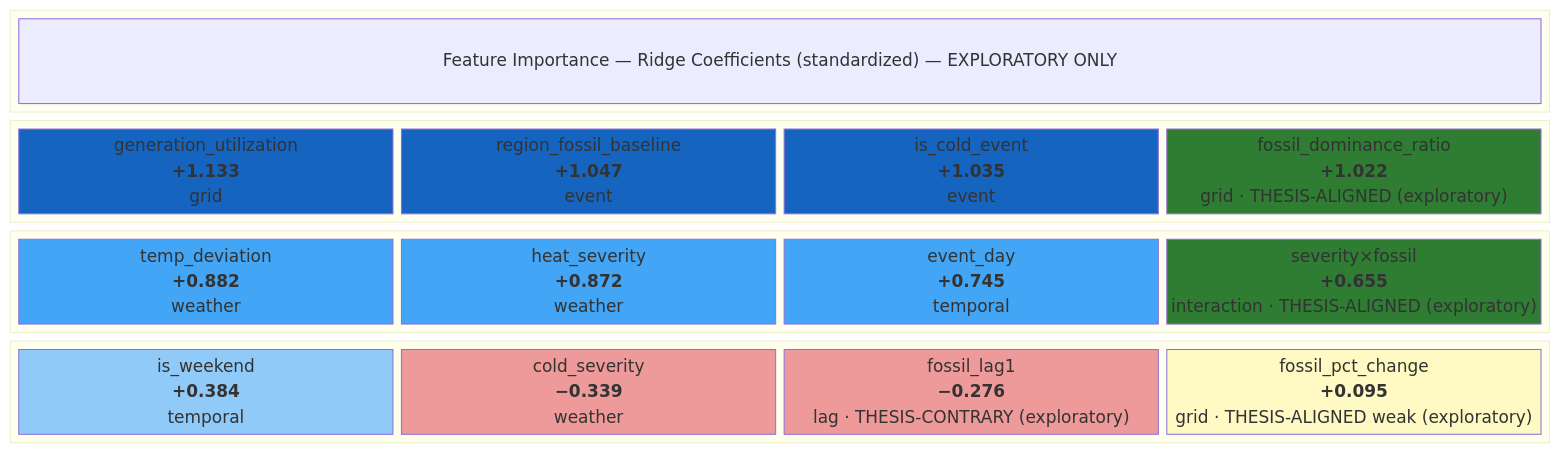
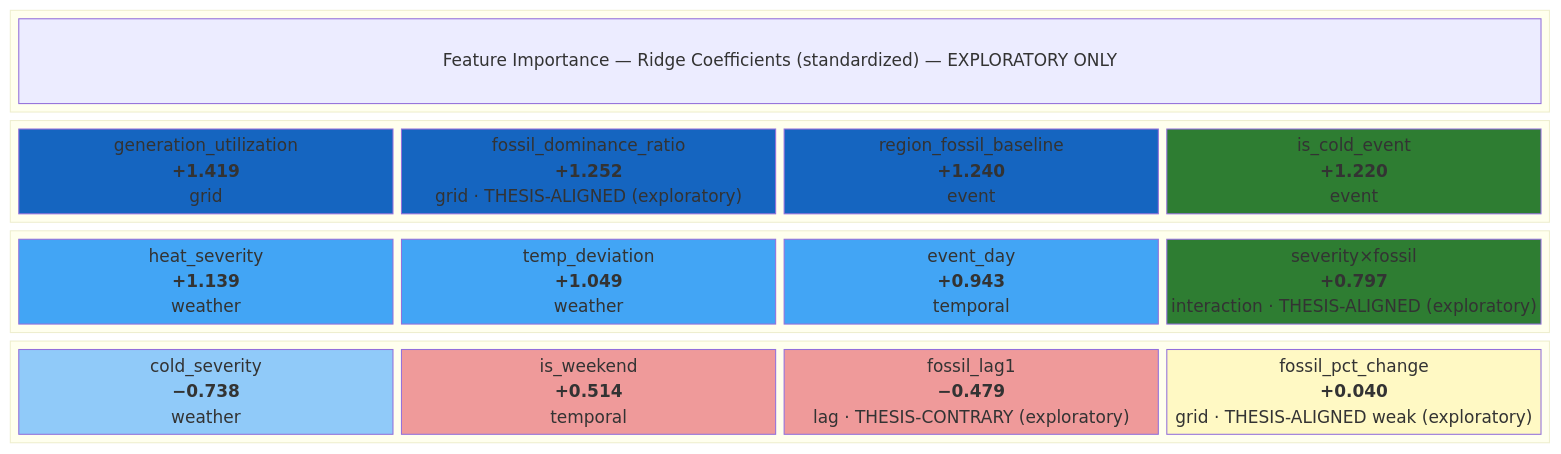
The second of 4 diagrams in docs/model_training_guide.md (riyer-pitsoftware/climatepulse), drawn with Mermaid before and after one commit. The commit also changed other lines of this file and 4 other files, not shown here.

````diff
--- a/docs/model_training_guide.md
+++ b/docs/model_training_guide.md
@@ -140,36 +152,36 @@
 ```mermaid
 block-beta
     columns 1
 
     block:title
         T["Feature Importance — Ridge Coefficients (standardized) — EXPLORATORY ONLY"]
     end
 
     block:tier1:1
         columns 4
-        A["generation_utilization<br/><b>+1.133</b><br/>grid"] B["region_fossil_baseline<br/><b>+1.047</b><br/>event"] C["is_cold_event<br/><b>+1.035</b><br/>event"] D["fossil_dominance_ratio<br/><b>+1.022</b><br/>grid · THESIS-ALIGNED (exploratory)"]
+        A["generation_utilization<br/><b>+1.419</b><br/>grid"] B["fossil_dominance_ratio<br/><b>+1.252</b><br/>grid · THESIS-ALIGNED (exploratory)"] C["region_fossil_baseline<br/><b>+1.240</b><br/>event"] D["is_cold_event<br/><b>+1.220</b><br/>event"]
     end
 
     block:tier2:1
         columns 4
-        E["temp_deviation<br/><b>+0.882</b><br/>weather"] F["heat_severity<br/><b>+0.872</b><br/>weather"] G["event_day<br/><b>+0.745</b><br/>temporal"] H["severity×fossil<br/><b>+0.655</b><br/>interaction · THESIS-ALIGNED (exploratory)"]
+        E["heat_severity<br/><b>+1.139</b><br/>weather"] F["temp_deviation<br/><b>+1.049</b><br/>weather"] G["event_day<br/><b>+0.943</b><br/>temporal"] H["severity×fossil<br/><b>+0.797</b><br/>interaction · THESIS-ALIGNED (exploratory)"]
     end
 
     block:tier3:1
         columns 4
-        I["is_weekend<br/><b>+0.384</b><br/>temporal"] J["cold_severity<br/><b>−0.339</b><br/>weather"] K["fossil_lag1<br/><b>−0.276</b><br/>lag · THESIS-CONTRARY (exploratory)"] L["fossil_pct_change<br/><b>+0.095</b><br/>grid · THESIS-ALIGNED weak (exploratory)"]
+        I["cold_severity<br/><b>−0.738</b><br/>weather"] J["is_weekend<br/><b>+0.514</b><br/>temporal"] K["fossil_lag1<br/><b>−0.479</b><br/>lag · THESIS-CONTRARY (exploratory)"] L["fossil_pct_change<br/><b>+0.040</b><br/>grid · THESIS-ALIGNED weak (exploratory)"]
     end
 
     style A fill:#1565c0,color:#fff
     style B fill:#1565c0,color:#fff
     style C fill:#1565c0,color:#fff
     style D fill:#2e7d32,color:#fff
     style E fill:#42a5f5,color:#fff
     style F fill:#42a5f5,color:#fff
     style G fill:#42a5f5,color:#fff
     style H fill:#2e7d32,color:#fff
     style I fill:#90caf9,color:#000
     style J fill:#ef9a9a,color:#000
     style K fill:#ef9a9a,color:#000
     style L fill:#fff9c4,color:#000
 ```
````
